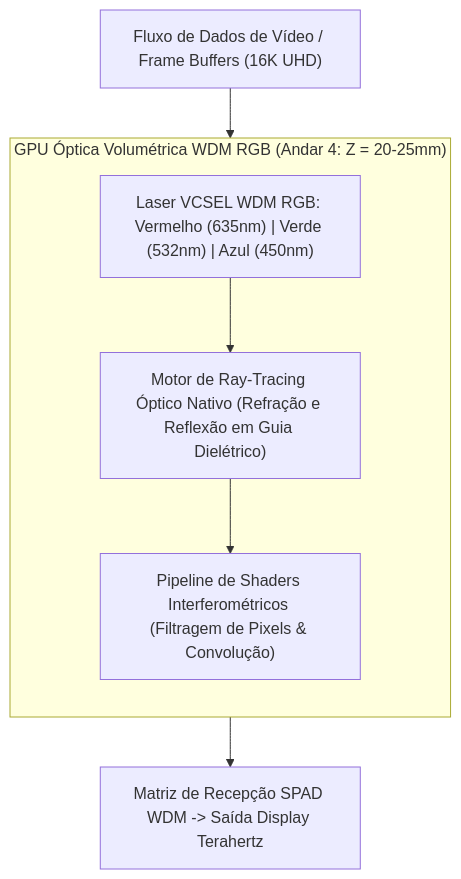
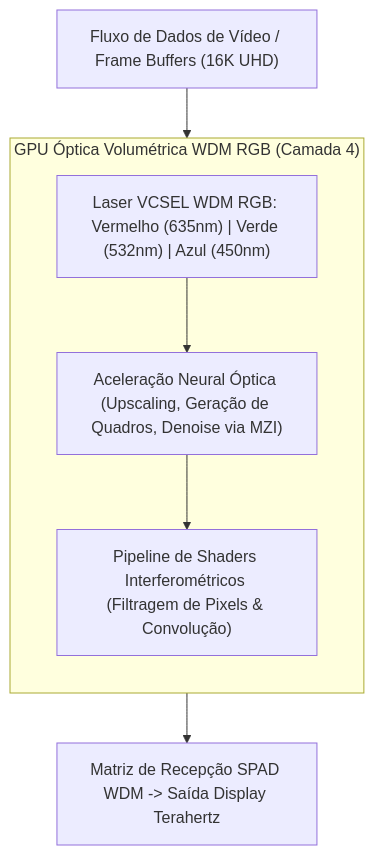
Before and after one commit to Roliveira96/SilicaCore: the diagram in docs/architecture/06-processamento-de-video-gpu-optica.md, drawn with Mermaid. The commit also changed other lines of this file and 10 other files, not shown here.

First line of the commit message:
docs(architecture): alinhar docs 01-10 a simulacao e adotar substrato de geometria agnostica

````diff
--- a/docs/architecture/06-processamento-de-video-gpu-optica.md
+++ b/docs/architecture/06-processamento-de-video-gpu-optica.md
@@ -7,15 +9,15 @@
 ```mermaid
 flowchart TD
-    subgraph GPUOptica["GPU Óptica Volumétrica WDM RGB (Andar 4: Z = 20-25mm)"]
+    subgraph GPUOptica["GPU Óptica Volumétrica WDM RGB (Camada 4)"]
         direction TB
         EmissaoWDM["Laser VCSEL WDM RGB: Vermelho (635nm) | Verde (532nm) | Azul (450nm)"]
-        RayTracing["Motor de Ray-Tracing Óptico Nativo (Refração e Reflexão em Guia Dielétrico)"]
+        RayTracing["Aceleração Neural Óptica (Upscaling, Geração de Quadros, Denoise via MZI)"]
         Shaders["Pipeline de Shaders Interferométricos (Filtragem de Pixels & Convolução)"]
         
         EmissaoWDM --> RayTracing
         RayTracing --> Shaders
     end
 
     InputVideo["Fluxo de Dados de Vídeo / Frame Buffers (16K UHD)"] --> GPUOptica
     GPUOptica --> SPADMatrix["Matriz de Recepção SPAD WDM -> Saída Display Terahertz"]
 ```
````
